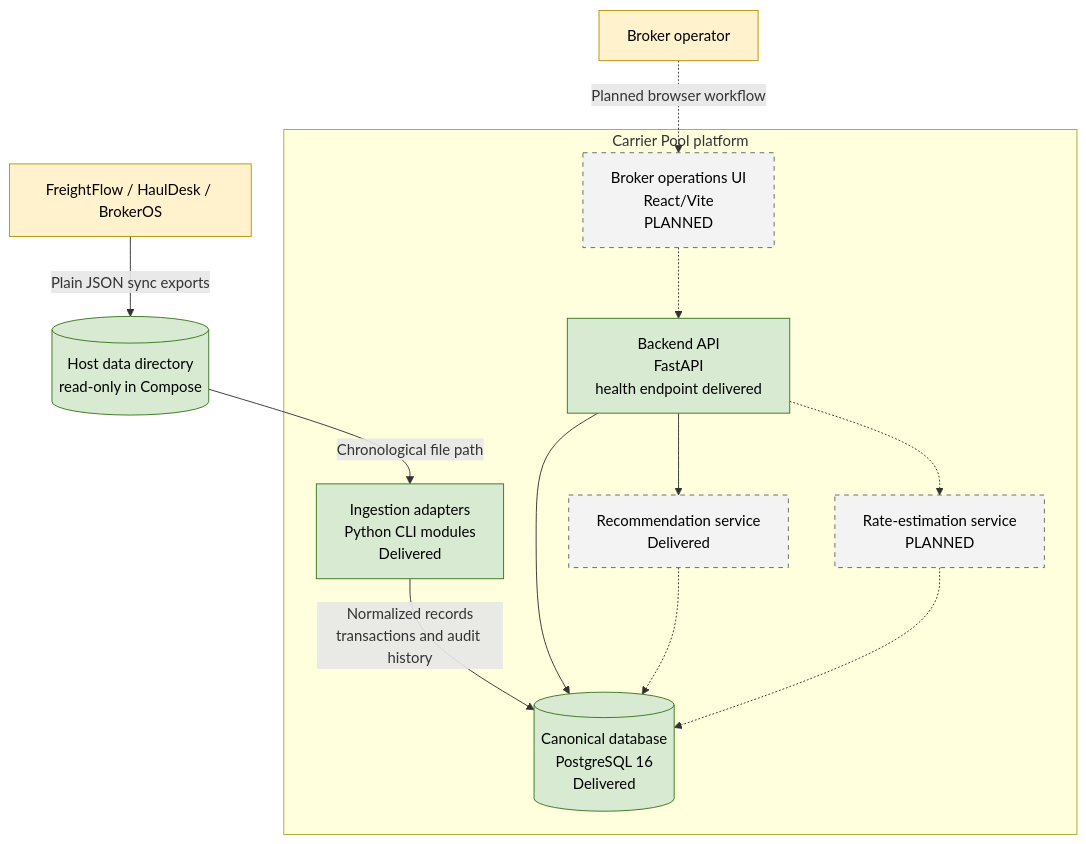
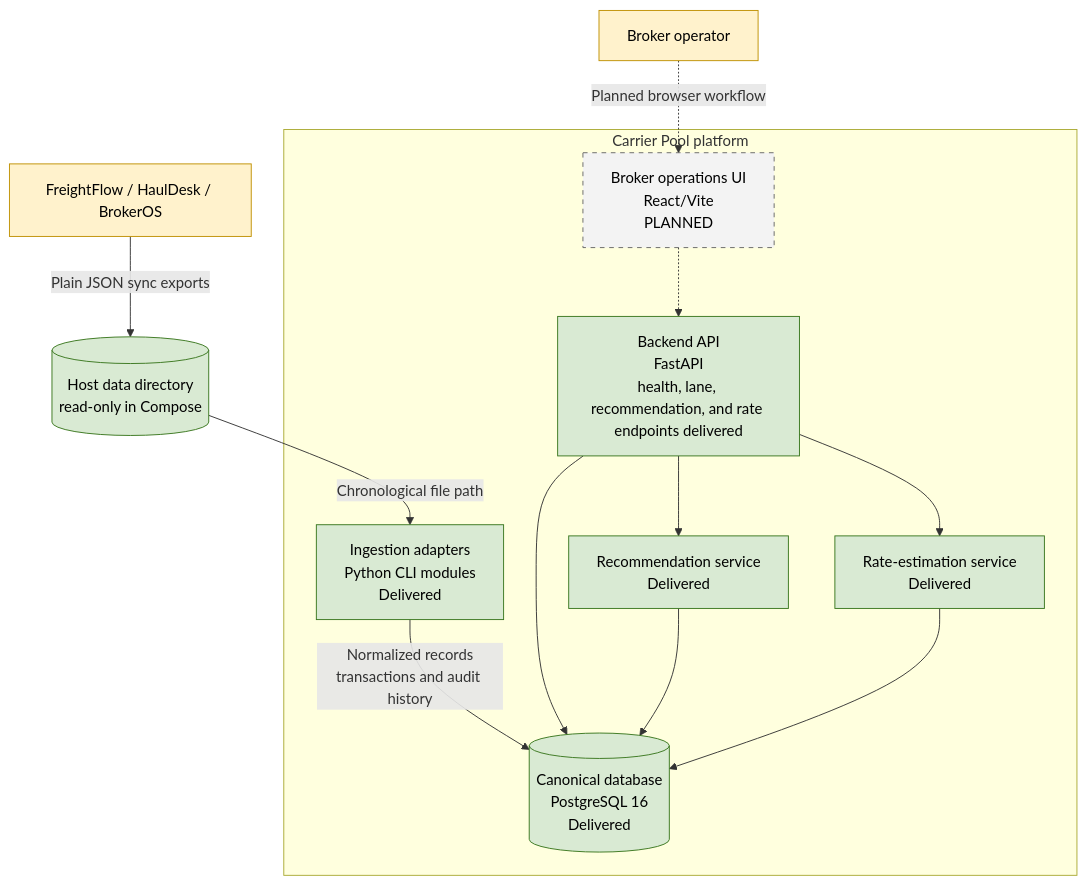
The diagram in openspec/architecture/containers.md (thetonyweapon/carrier-pool), drawn with Mermaid before and after one commit. The commit also changed other lines of this file and 97 other files, not shown here.

Commit message:
feat: add Carrier Rate Estimation v1 service and endpoint (#23)

````diff
--- a/openspec/architecture/containers.md
+++ b/openspec/architecture/containers.md
@@ -9,33 +9,33 @@
 ```mermaid
 flowchart TB
     operator[Broker operator]
     tms[FreightFlow / HaulDesk / BrokerOS]
     files[(Host data directory\nread-only in Compose)]
 
     subgraph system[Carrier Pool platform]
         ui[Broker operations UI\nReact/Vite\nPLANNED]
-        api[Backend API\nFastAPI\nhealth endpoint delivered]
+        api[Backend API\nFastAPI\nhealth, lane, recommendation, and rate endpoints delivered]
         cli[Ingestion adapters\nPython CLI modules\nDelivered]
     rec[Recommendation service\nDelivered]
-        rate[Rate-estimation service\nPLANNED]
+        rate[Rate-estimation service\nDelivered]
         db[(Canonical database\nPostgreSQL 16\nDelivered)]
     end
 
     tms -->|Plain JSON sync exports| files
     files -->|Chronological file path| cli
     cli -->|Normalized records\ntransactions and audit history| db
     operator -.->|Planned browser workflow| ui
     ui -.-> api
     api --> db
     api --> rec
-    api -.-> rate
-    rec -.-> db
-    rate -.-> db
+    api --> rate
+    rec --> db
+    rate --> db
 
     classDef delivered fill:#d9ead3,stroke:#38761d,color:#000;
     classDef planned fill:#f3f3f3,stroke:#666,color:#000,stroke-dasharray: 5 5;
     classDef external fill:#fff2cc,stroke:#bf9000,color:#000;
-    class api,cli,db,files delivered;
-    class ui,rec,rate planned;
+    class api,cli,db,files,rec,rate delivered;
+    class ui planned;
     class operator,tms external;
 ```
````
